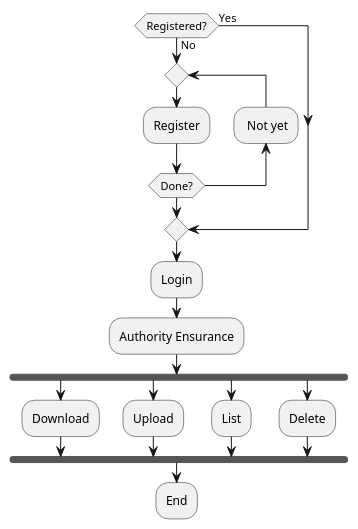
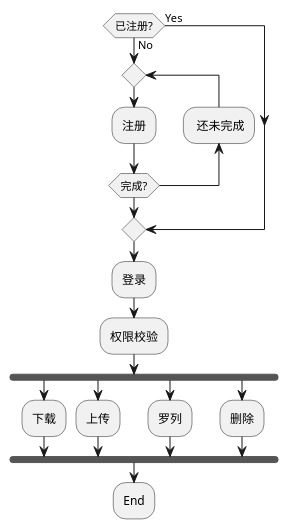
Before and after one commit to sonderlau/UML-Lesson: the diagram in src/Activity/main.wsd, drawn with PlantUML. The commit also changed 10 other files, not shown here.

```diff
--- a/src/Activity/main.wsd
+++ b/src/Activity/main.wsd
@@ -1,30 +1,30 @@
 @startuml "活动图"
 
 
-if(Registered?) then (Yes)
+if(已注册?) then (Yes)
 
 else(No)
   repeat
-    :Register;
-    backward: Not yet;
-  repeat while(Done?)
+    :注册;
+    backward: 还未完成;
+  repeat while(完成?)
 endif
 
-:Login;
+:登录;
 
 
-  :Authority Ensurance;
+  :权限校验;
 
 
   fork
-    :Download;
+    :下载;
   fork again
-    :Upload;
+    :上传;
   fork again
-    :List;
+    :罗列;
   fork again
-    :Delete;
+    :删除;
   end fork
 
 :End;
 @enduml
```
